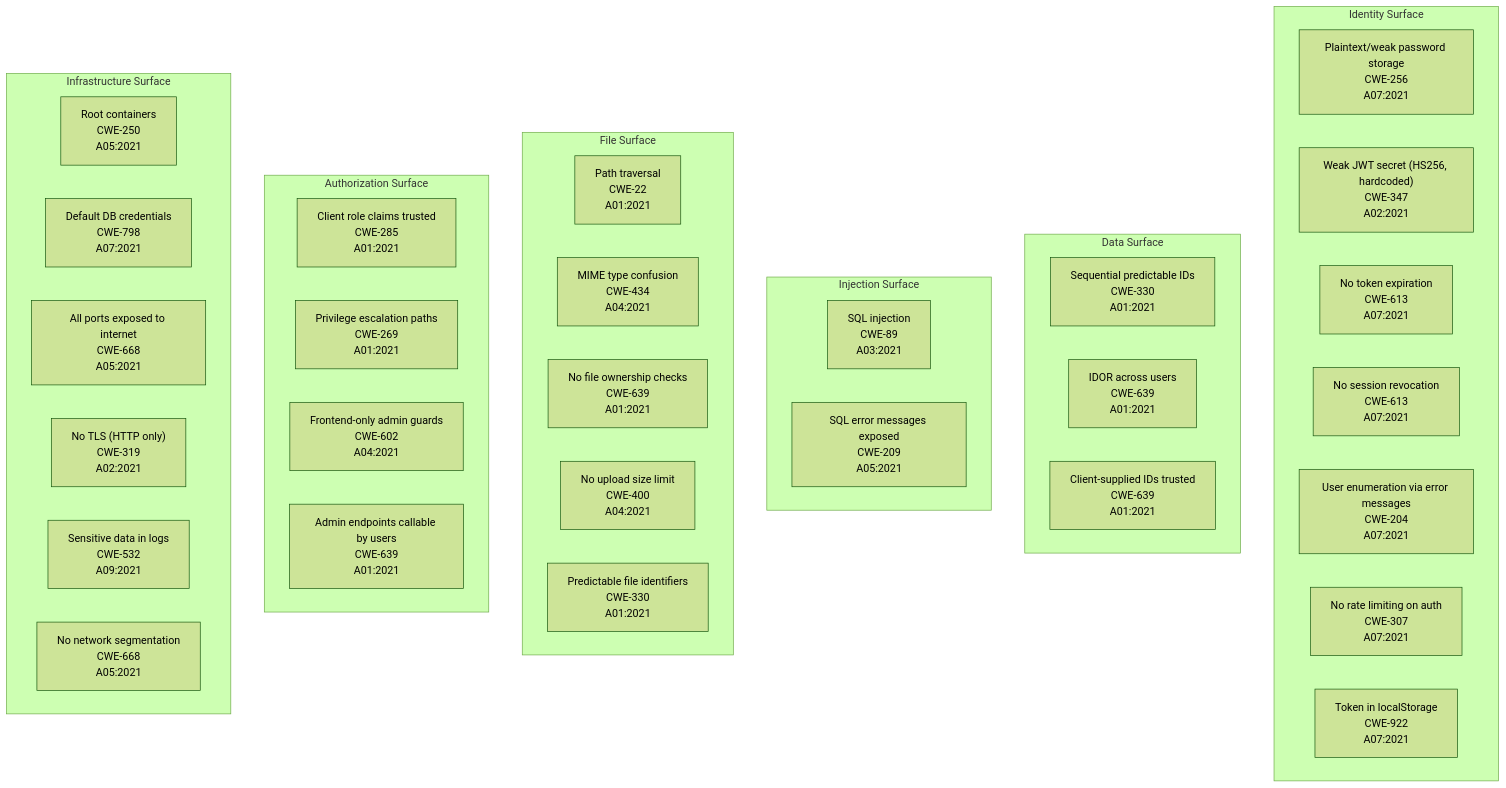
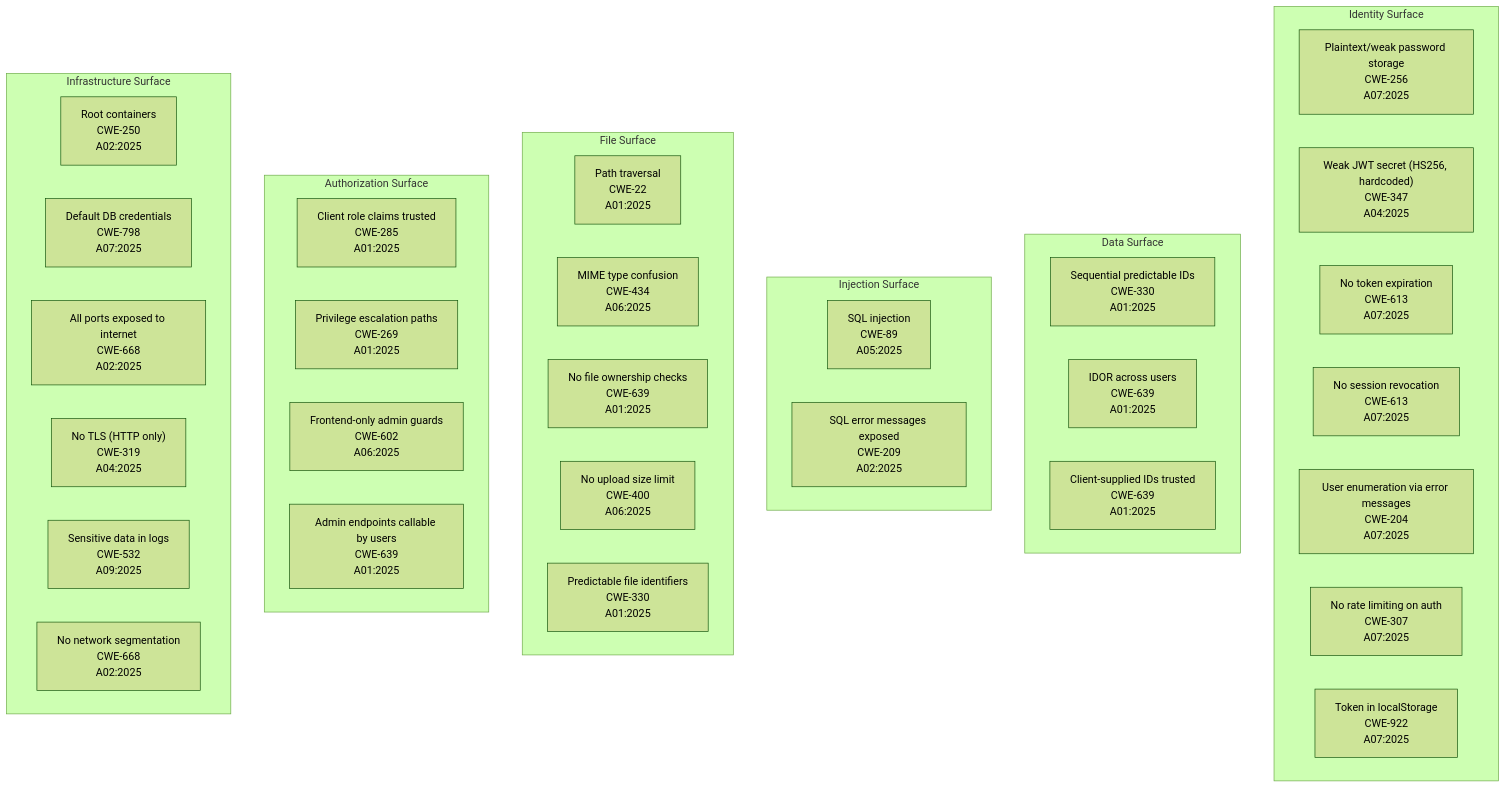
The first of 2 diagrams in docs/diagrams/threat-model.md (KLJr-Dev/KC-Project), drawn with Mermaid (forest theme) before and after one commit. The commit also changed other lines of this file and 46 other files, not shown here.

````diff
--- a/docs/diagrams/threat-model.md
+++ b/docs/diagrams/threat-model.md
@@ -11,47 +11,47 @@
 ```mermaid
 graph TD
   subgraph identity ["Identity Surface"]
-    PlaintextPW["Plaintext/weak password storage\nCWE-256\nA07:2021"]
-    WeakJWT["Weak JWT secret (HS256, hardcoded)\nCWE-347\nA02:2021"]
-    NoExpiry["No token expiration\nCWE-613\nA07:2021"]
-    NoRevoke["No session revocation\nCWE-613\nA07:2021"]
-    UserEnum["User enumeration via error messages\nCWE-204\nA07:2021"]
-    NoRateLimit["No rate limiting on auth\nCWE-307\nA07:2021"]
-    LocalStorageToken["Token in localStorage\nCWE-922\nA07:2021"]
+    PlaintextPW["Plaintext/weak password storage\nCWE-256\nA07:2025"]
+    WeakJWT["Weak JWT secret (HS256, hardcoded)\nCWE-347\nA04:2025"]
+    NoExpiry["No token expiration\nCWE-613\nA07:2025"]
+    NoRevoke["No session revocation\nCWE-613\nA07:2025"]
+    UserEnum["User enumeration via error messages\nCWE-204\nA07:2025"]
+    NoRateLimit["No rate limiting on auth\nCWE-307\nA07:2025"]
+    LocalStorageToken["Token in localStorage\nCWE-922\nA07:2025"]
   end
 
   subgraph data ["Data Surface"]
-    SeqIDs["Sequential predictable IDs\nCWE-330\nA01:2021"]
-    IDOR["IDOR across users\nCWE-639\nA01:2021"]
-    ClientIDs["Client-supplied IDs trusted\nCWE-639\nA01:2021"]
+    SeqIDs["Sequential predictable IDs\nCWE-330\nA01:2025"]
+    IDOR["IDOR across users\nCWE-639\nA01:2025"]
+    ClientIDs["Client-supplied IDs trusted\nCWE-639\nA01:2025"]
   end
 
   subgraph injection ["Injection Surface"]
-    SQLi["SQL injection\nCWE-89\nA03:2021"]
-    SQLErrors["SQL error messages exposed\nCWE-209\nA05:2021"]
+    SQLi["SQL injection\nCWE-89\nA05:2025"]
+    SQLErrors["SQL error messages exposed\nCWE-209\nA02:2025"]
   end
 
   subgraph files ["File Surface"]
-    PathTraversal["Path traversal\nCWE-22\nA01:2021"]
-    MIMEConfusion["MIME type confusion\nCWE-434\nA04:2021"]
-    NoFileOwnership["No file ownership checks\nCWE-639\nA01:2021"]
-    OversizedUpload["No upload size limit\nCWE-400\nA04:2021"]
-    PredictableFileIDs["Predictable file identifiers\nCWE-330\nA01:2021"]
+    PathTraversal["Path traversal\nCWE-22\nA01:2025"]
+    MIMEConfusion["MIME type confusion\nCWE-434\nA06:2025"]
+    NoFileOwnership["No file ownership checks\nCWE-639\nA01:2025"]
+    OversizedUpload["No upload size limit\nCWE-400\nA06:2025"]
+    PredictableFileIDs["Predictable file identifiers\nCWE-330\nA01:2025"]
   end
 
   subgraph authz ["Authorization Surface"]
-    ClientRoles["Client role claims trusted\nCWE-285\nA01:2021"]
-    PrivEsc["Privilege escalation paths\nCWE-269\nA01:2021"]
-    FEOnlyGuard["Frontend-only admin guards\nCWE-602\nA04:2021"]
-    CrossUserAccess["Admin endpoints callable by users\nCWE-639\nA01:2021"]
+    ClientRoles["Client role claims trusted\nCWE-285\nA01:2025"]
+    PrivEsc["Privilege escalation paths\nCWE-269\nA01:2025"]
+    FEOnlyGuard["Frontend-only admin guards\nCWE-602\nA06:2025"]
+    CrossUserAccess["Admin endpoints callable by users\nCWE-639\nA01:2025"]
   end
 
   subgraph infra ["Infrastructure Surface"]
-    RootContainers["Root containers\nCWE-250\nA05:2021"]
-    DefaultCreds["Default DB credentials\nCWE-798\nA07:2021"]
-    AllPortsExposed["All ports exposed to internet\nCWE-668\nA05:2021"]
-    NoTLS["No TLS (HTTP only)\nCWE-319\nA02:2021"]
-    VerboseLogs["Sensitive data in logs\nCWE-532\nA09:2021"]
-    NoNetworkSeg["No network segmentation\nCWE-668\nA05:2021"]
+    RootContainers["Root containers\nCWE-250\nA02:2025"]
+    DefaultCreds["Default DB credentials\nCWE-798\nA07:2025"]
+    AllPortsExposed["All ports exposed to internet\nCWE-668\nA02:2025"]
+    NoTLS["No TLS (HTTP only)\nCWE-319\nA04:2025"]
+    VerboseLogs["Sensitive data in logs\nCWE-532\nA09:2025"]
+    NoNetworkSeg["No network segmentation\nCWE-668\nA02:2025"]
   end
 ```
````
